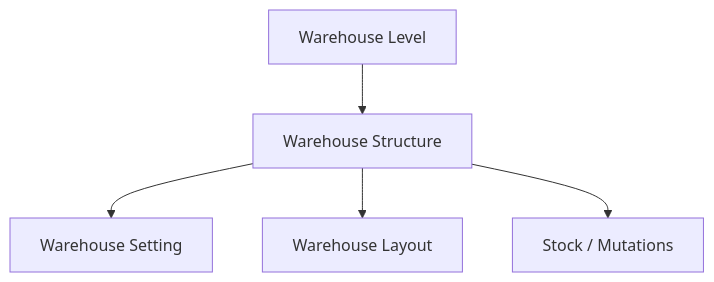
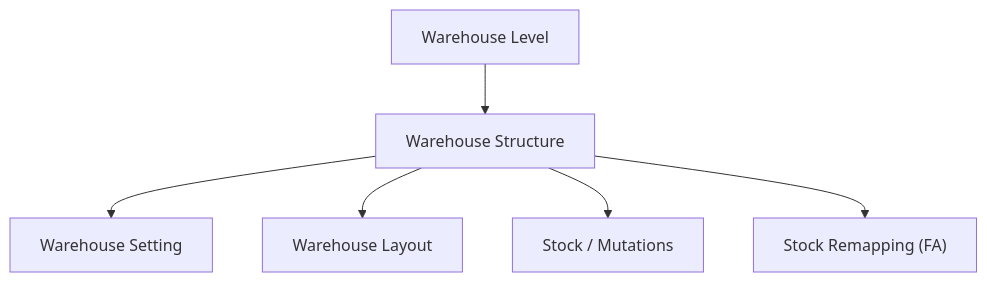
One commit to yendyr/olshoperp-docs changed the second of 2 diagrams in qa-docs/supplychain-warehouse-structure/requirement.md. Above: the diagram before and after it, drawn with Mermaid. The commit also changed other lines of this file and 36 other files, not shown here.

````diff
--- a/qa-docs/supplychain-warehouse-structure/requirement.md
+++ b/qa-docs/supplychain-warehouse-structure/requirement.md
@@ -68,12 +68,13 @@
 ```mermaid
 flowchart TB
     WL["Warehouse Level"]
     WS["Warehouse Structure"]
     WSET["Warehouse Setting"]
     WLAY["Warehouse Layout"]
     STK["Stock / Mutations"]
     WL --> WS
     WS --> WSET
     WS --> WLAY
     WS --> STK
+    WS --> RM["Stock Remapping (FA)"]
 ```
````
